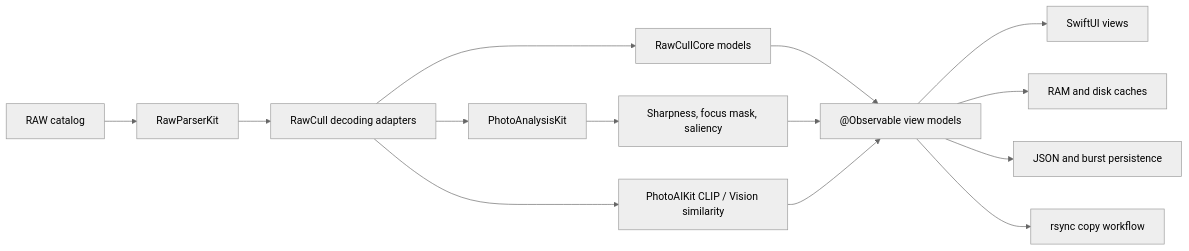
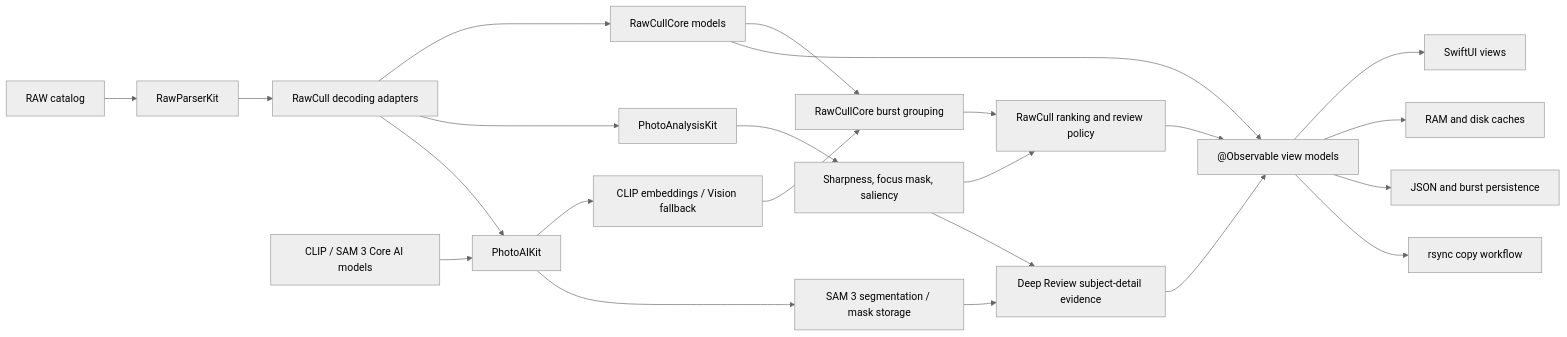
One commit to rsyncOSX/RawCull changed the diagram in README.md. Above: the diagram before and after it, drawn with Mermaid (neutral theme). The commit also changed other lines of this file, not shown here.

````diff
--- a/README.md
+++ b/README.md
@@ -110,16 +110,25 @@
 ```mermaid
 flowchart LR
     Catalog["RAW catalog"] --> Parser["RawParserKit"]
     Parser --> Adapter["RawCull decoding adapters"]
     Adapter --> Domain["RawCullCore models"]
     Adapter --> Analysis["PhotoAnalysisKit"]
+    Adapter --> PhotoAI["PhotoAIKit"]
+    Models["CLIP / SAM 3 Core AI models"] --> PhotoAI
     Analysis --> Sharpness["Sharpness, focus mask, saliency"]
-    Adapter --> Similarity["PhotoAIKit CLIP / Vision similarity"]
+    PhotoAI --> Similarity["CLIP embeddings / Vision fallback"]
+    PhotoAI --> Masks["SAM 3 segmentation / mask storage"]
+    Domain --> Bursts["RawCullCore burst grouping"]
+    Similarity --> Bursts
+    Sharpness --> Ranking["RawCull ranking and review policy"]
+    Bursts --> Ranking
+    Masks --> DeepReview["Deep Review subject-detail evidence"]
+    Sharpness --> DeepReview
     Domain --> ViewModels["@Observable view models"]
-    Sharpness --> ViewModels
-    Similarity --> ViewModels
+    Ranking --> ViewModels
+    DeepReview --> ViewModels
     ViewModels --> UI["SwiftUI views"]
     ViewModels --> Cache["RAM and disk caches"]
     ViewModels --> Persistence["JSON and burst persistence"]
     ViewModels --> Copy["rsync copy workflow"]
 ```
````
